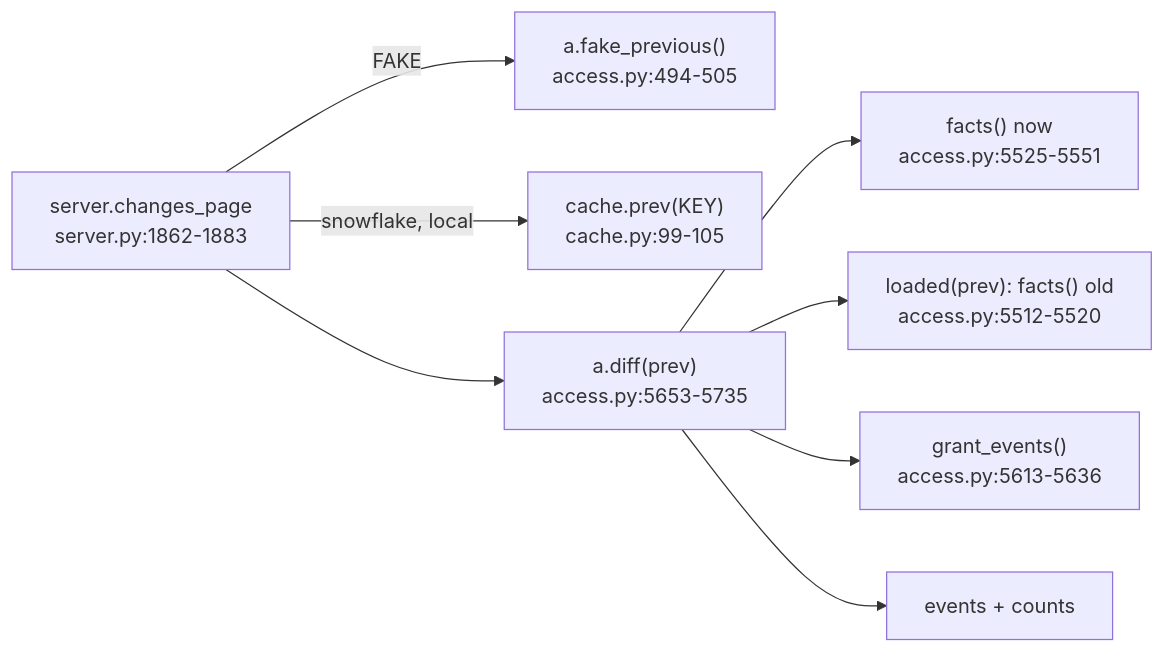
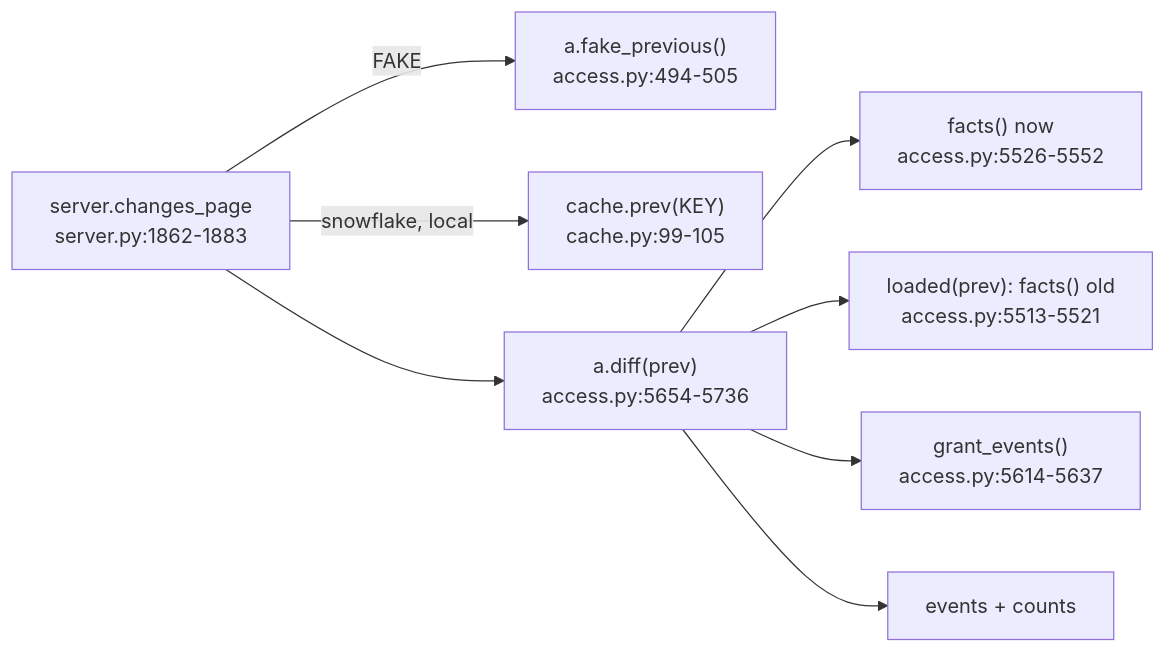
One commit to darshanmeel/snowflake-access-explorer changed the diagram in snowflake-access-explorer-knowledge-graph/logic/diff.md. Above: the diagram before and after it, drawn with Mermaid. The commit also changed other lines of this file and 55 other files, not shown here.

Commit message:
Docs and knowledge graph: background refresh, saved reads, DuckDB rule walk, kept rule results; graph line refs re-synced

````diff
--- a/snowflake-access-explorer-knowledge-graph/logic/diff.md
+++ b/snowflake-access-explorer-knowledge-graph/logic/diff.md
@@ -6,10 +6,10 @@
 ```mermaid
 flowchart LR
   CP["server.changes_page<br/>server.py:1862-1883"] -->|FAKE| FP["a.fake_previous()<br/>access.py:494-505"]
   CP -->|snowflake, local| PR["cache.prev(KEY)<br/>cache.py:99-105"]
-  CP --> D["a.diff(prev)<br/>access.py:5653-5735"]
-  D --> FN["facts() now<br/>access.py:5525-5551"]
-  D --> LD["loaded(prev): facts() old<br/>access.py:5512-5520"]
-  D --> GE["grant_events()<br/>access.py:5613-5636"]
+  CP --> D["a.diff(prev)<br/>access.py:5654-5736"]
+  D --> FN["facts() now<br/>access.py:5526-5552"]
+  D --> LD["loaded(prev): facts() old<br/>access.py:5513-5521"]
+  D --> GE["grant_events()<br/>access.py:5614-5637"]
   D --> EV[events + counts]
 ```
````
